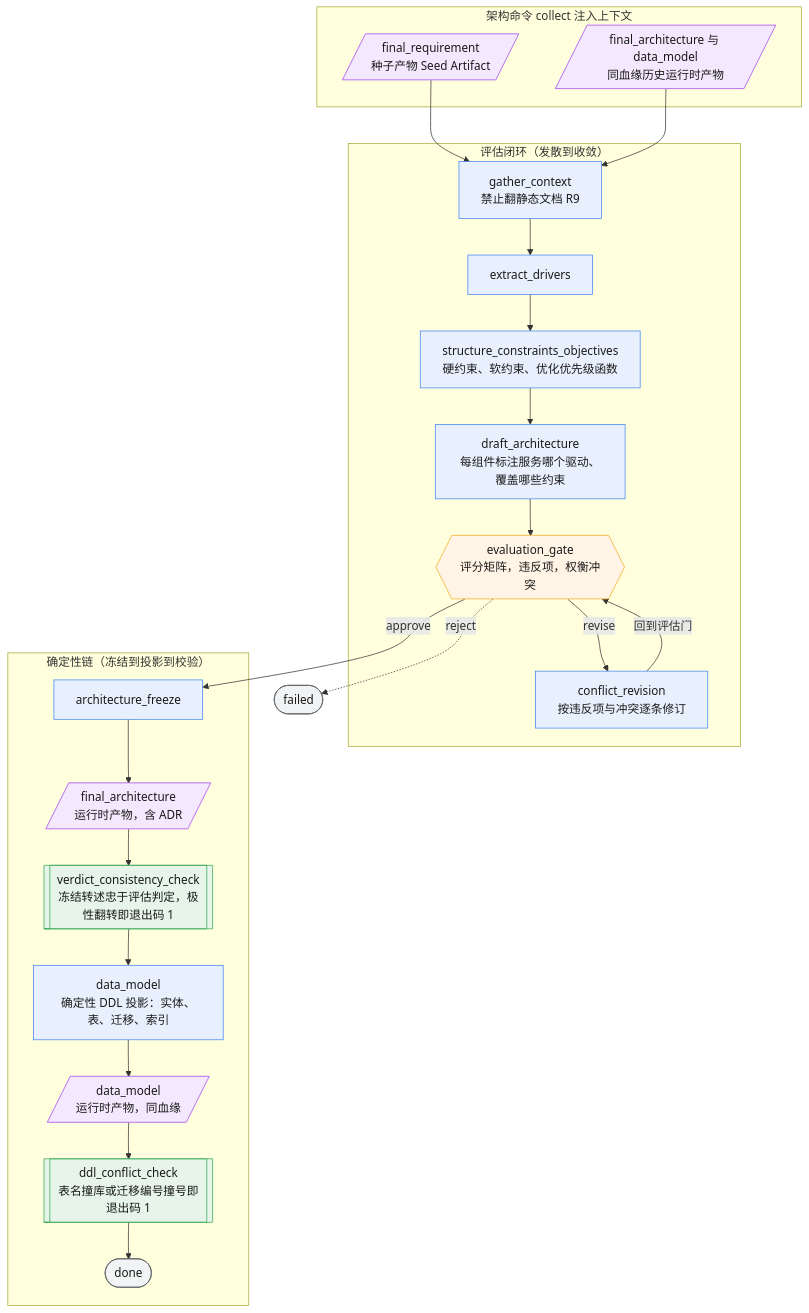
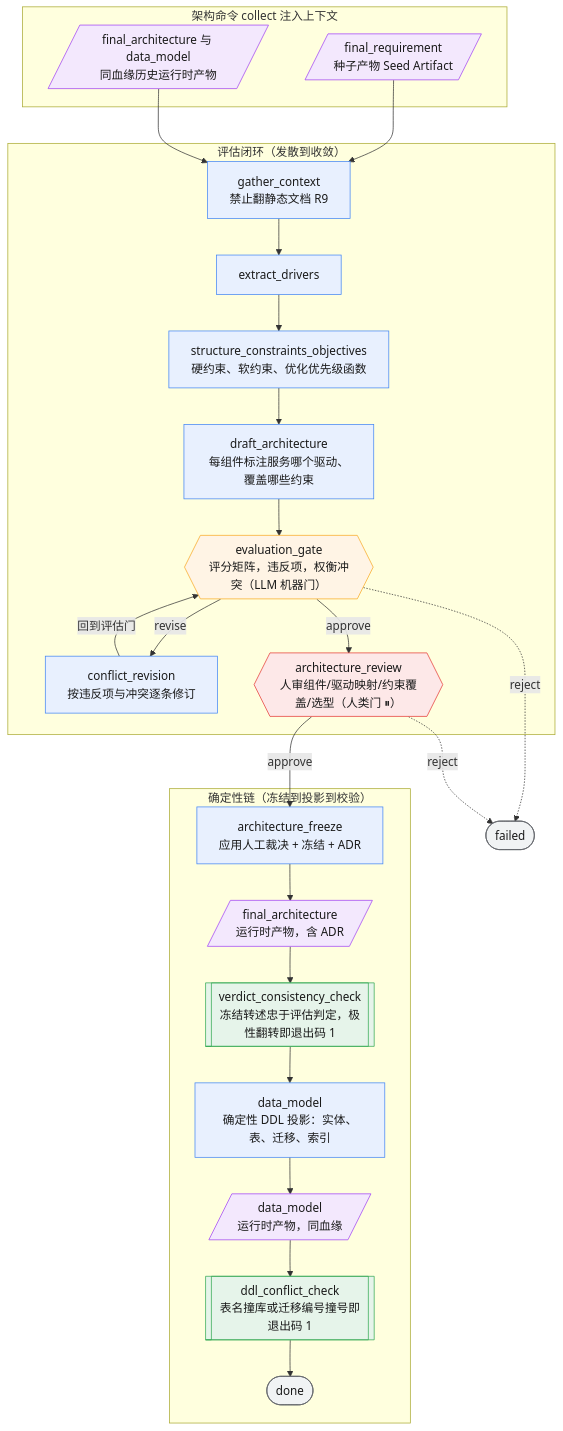
One commit to fengxinyhyl/agent-workflow changed the diagram in workflows/system-architecture/README.md. Above: the diagram before and after it, drawn with Mermaid. The commit also changed other lines of this file and 8 other files, not shown here.

````diff
--- a/workflows/system-architecture/README.md
+++ b/workflows/system-architecture/README.md
@@ -31,45 +32,50 @@
 ```mermaid
 flowchart TD
     subgraph CTX["架构命令 collect 注入上下文"]
         SEED[/"final_requirement<br/>种子产物 Seed Artifact"/]
         RT[/"final_architecture 与 data_model<br/>同血缘历史运行时产物"/]
     end
 
     subgraph EVAL["评估闭环（发散到收敛）"]
         GC["gather_context<br/>禁止翻静态文档 R9"]
         ED["extract_drivers"]
         SCO["structure_constraints_objectives<br/>硬约束、软约束、优化优先级函数"]
         DA["draft_architecture<br/>每组件标注服务哪个驱动、覆盖哪些约束"]
-        EG{{"evaluation_gate<br/>评分矩阵，违反项，权衡冲突"}}
+        EG{{"evaluation_gate<br/>评分矩阵，违反项，权衡冲突（LLM 机器门）"}}
         REV["conflict_revision<br/>按违反项与冲突逐条修订"]
+        AR{{"architecture_review<br/>人审组件/驱动映射/约束覆盖/选型（人类门 ⏸）"}}
         GC --> ED --> SCO --> DA --> EG
         EG -->|"revise"| REV
         REV -->|"回到评估门"| EG
+        EG -->|"approve"| AR
     end
 
     subgraph FRZ["确定性链（冻结到投影到校验）"]
-        AF["architecture_freeze"]
+        AF["architecture_freeze<br/>应用人工裁决 + 冻结 + ADR"]
         FA[/"final_architecture<br/>运行时产物，含 ADR"/]
         VCC[["verdict_consistency_check<br/>冻结转述忠于评估判定，极性翻转即退出码 1"]]
         DM["data_model<br/>确定性 DDL 投影：实体、表、迁移、索引"]
         DMO[/"data_model<br/>运行时产物，同血缘"/]
         DCC[["ddl_conflict_check<br/>表名撞库或迁移编号撞号即退出码 1"]]
         AF --> FA --> VCC --> DM --> DMO --> DCC --> DONE(["done"])
     end
 
     SEED --> GC
     RT --> GC
-    EG -->|"approve"| AF
+    AR -->|"approve"| AF
     EG -.->|"reject"| FAIL(["failed"])
+    AR -.->|"reject"| FAIL
 
     classDef model fill:#e8f0fe,stroke:#4285f4,color:#1a1a1a;
     classDef gate fill:#fff4e5,stroke:#f9a825,color:#1a1a1a;
+    classDef humangate fill:#fde8e8,stroke:#e53935,color:#1a1a1a;
     classDef script fill:#e6f4ea,stroke:#34a853,color:#1a1a1a;
     classDef artifact fill:#f3e8fd,stroke:#a142f4,color:#1a1a1a;
     classDef term fill:#f1f3f4,stroke:#5f6368,color:#1a1a1a;
     class GC,ED,SCO,DA,REV,AF,DM model;
     class EG gate;
+    class AR humangate;
     class VCC,DCC script;
     class SEED,RT,FA,DMO artifact;
     class DONE,FAIL term;
 ```
````
